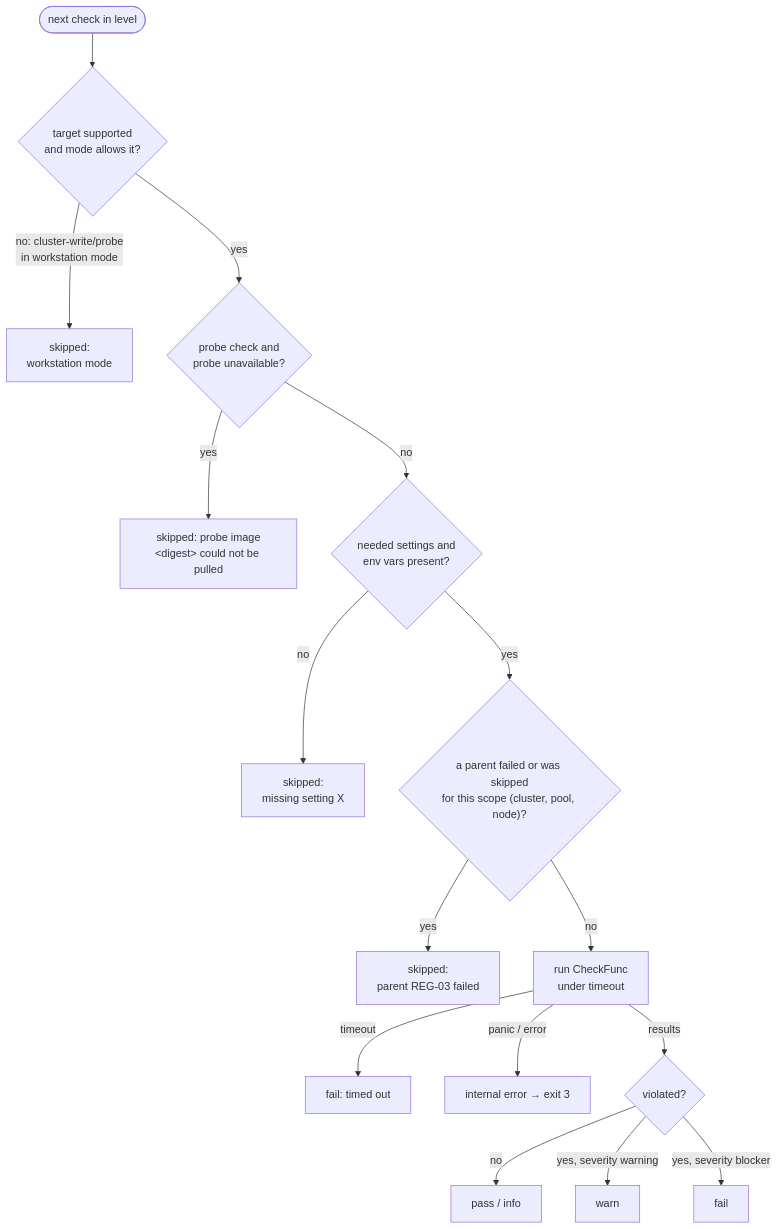
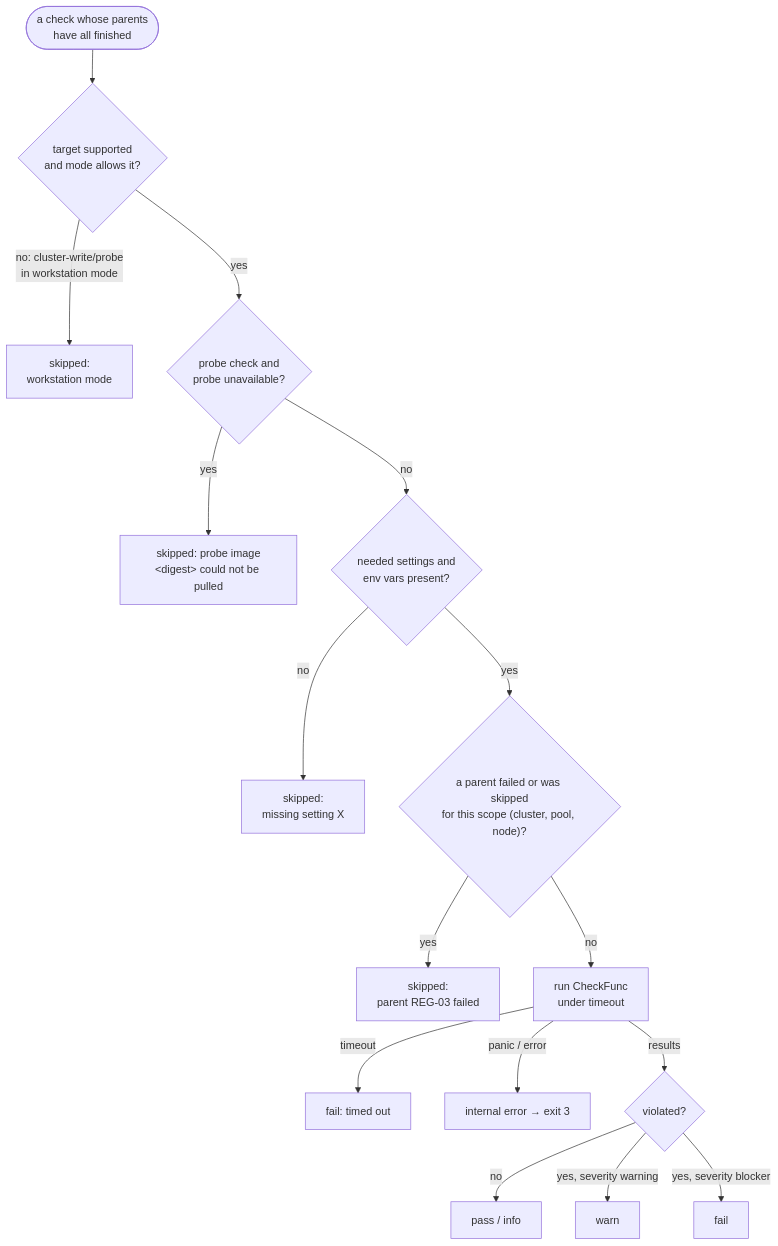
One commit to shariff25/armor-preflight-check changed the fifth of 8 diagrams in docs/ARCHITECTURE.md. Above: the diagram before and after it, drawn with Mermaid. The commit also changed other lines of this file and 24 other files, not shown here.

````diff
--- a/docs/ARCHITECTURE.md
+++ b/docs/ARCHITECTURE.md
@@ -264,18 +266,18 @@
 ```mermaid
 flowchart TB
-    start(["next check in level"]) --> tgt{"target supported<br/>and mode allows it?"}
+    start(["a check whose parents<br/>have all finished"]) --> tgt{"target supported<br/>and mode allows it?"}
     tgt -->|"no: cluster-write/probe<br/>in workstation mode"| s1["skipped:<br/>workstation mode"]
     tgt -->|yes| img{"probe check and<br/>probe unavailable?"}
     img -->|yes| s2["skipped: probe image<br/>&lt;digest&gt; could not be pulled"]
     img -->|no| set{"needed settings and<br/>env vars present?"}
     set -->|no| s3["skipped:<br/>missing setting X"]
     set -->|yes| par{"a parent failed or was skipped<br/>for this scope (cluster, pool, node)?"}
     par -->|yes| s4["skipped:<br/>parent REG-03 failed"]
     par -->|no| run["run CheckFunc<br/>under timeout"]
     run -->|timeout| f1["fail: timed out"]
     run -->|panic / error| ie["internal error → exit 3"]
     run -->|results| sev{"violated?"}
     sev -->|no| pass["pass / info"]
     sev -->|"yes, severity warning"| warn["warn"]
     sev -->|"yes, severity blocker"| fail["fail"]
 ```
````
